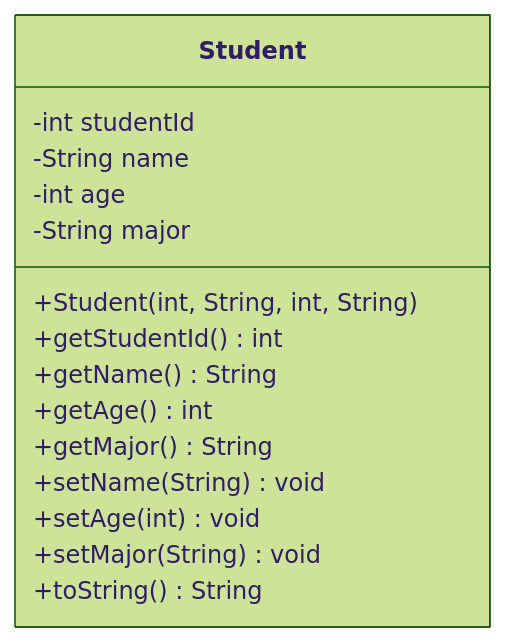
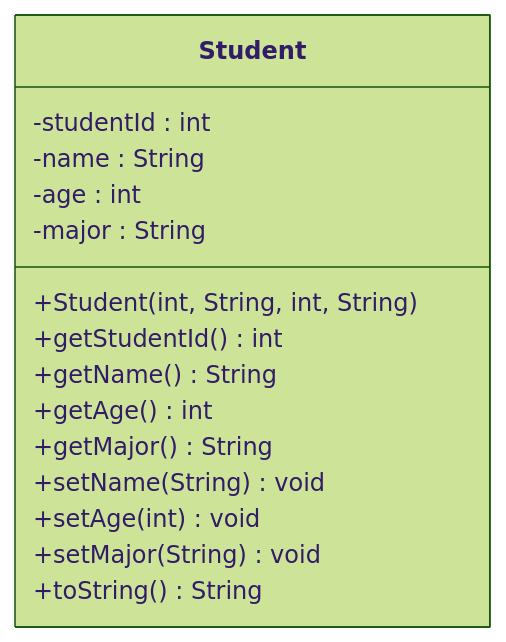
Before and after one commit to jayani-athukorala/java-oop-exercise: the third of 5 diagrams in README.md, drawn with Mermaid (forest theme). The commit also changed other lines of this file, not shown here.

Commit message:
uml diagram

````diff
--- a/README.md
+++ b/README.md
@@ -60,18 +60,18 @@
 ```mermaid
 classDiagram
     class Student {
-        -int studentId
-        -String name
-        -int age
-        -String major
+        -studentId : int
+        -name : String
+        -age : int
+        -major : String
         +Student(int, String, int, String)
         +getStudentId() int
         +getName() String
         +getAge() int
         +getMajor() String
         +setName(String) void
         +setAge(int) void
         +setMajor(String) void
         +toString() String
     }
 ```
````
